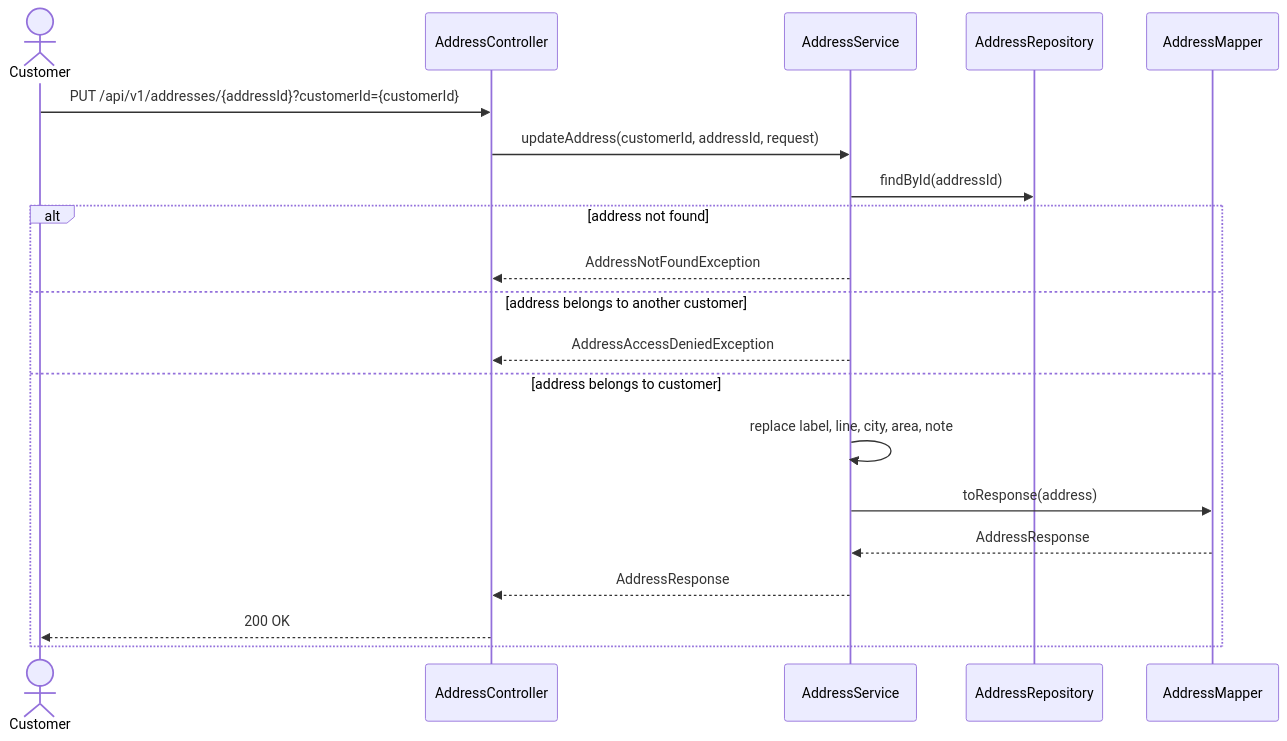
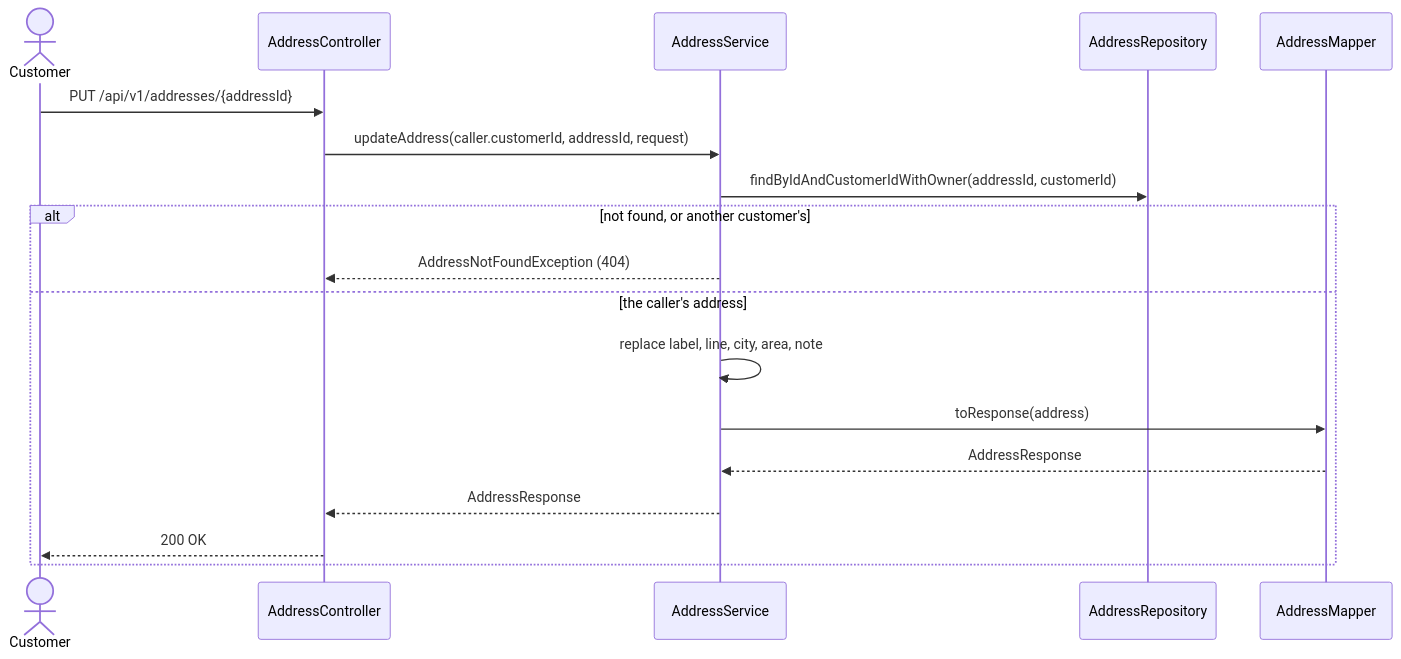
The third of 5 diagrams in restaurant/.docs/use-cases/customer-management/address-management/sequence-diagrams.md (msmohammed0077-cmd/mentorship-restaurant), drawn with Mermaid before and after one commit. The commit also changed other lines of this file and 25 other files, not shown here.

````diff
--- a/restaurant/.docs/use-cases/customer-management/address-management/sequence-diagrams.md
+++ b/restaurant/.docs/use-cases/customer-management/address-management/sequence-diagrams.md
@@ -65,23 +69,21 @@
 ```mermaid
 sequenceDiagram
     actor Customer
     participant C as AddressController
     participant H as AddressService
     participant Addresses as AddressRepository
     participant M as AddressMapper
 
-    Customer->>C: PUT /api/v1/addresses/{addressId}?customerId={customerId}
-    C->>H: updateAddress(customerId, addressId, request)
-    H->>Addresses: findById(addressId)
-    alt address not found
-        H-->>C: AddressNotFoundException
-    else address belongs to another customer
-        H-->>C: AddressAccessDeniedException
-    else address belongs to customer
+    Customer->>C: PUT /api/v1/addresses/{addressId}
+    C->>H: updateAddress(caller.customerId, addressId, request)
+    H->>Addresses: findByIdAndCustomerIdWithOwner(addressId, customerId)
+    alt not found, or another customer's
+        H-->>C: AddressNotFoundException (404)
+    else the caller's address
         H->>H: replace label, line, city, area, note
         H->>M: toResponse(address)
         M-->>H: AddressResponse
         H-->>C: AddressResponse
         C-->>Customer: 200 OK
     end
 ```
````
